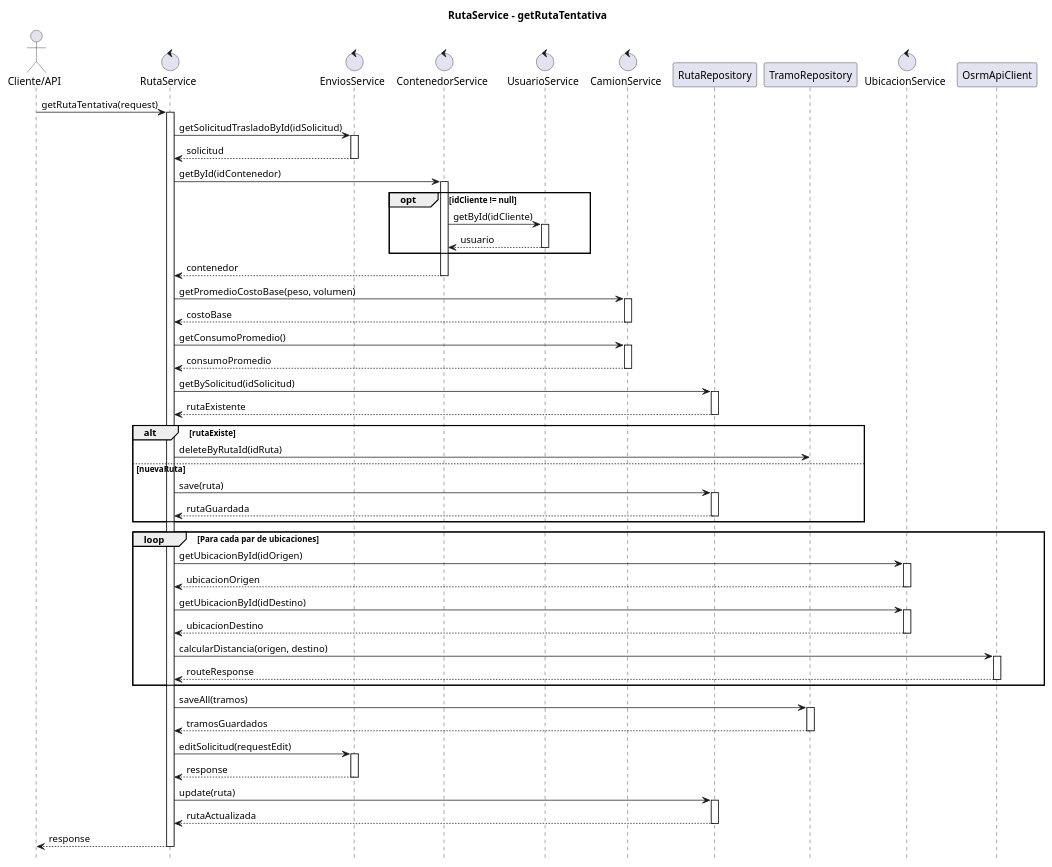
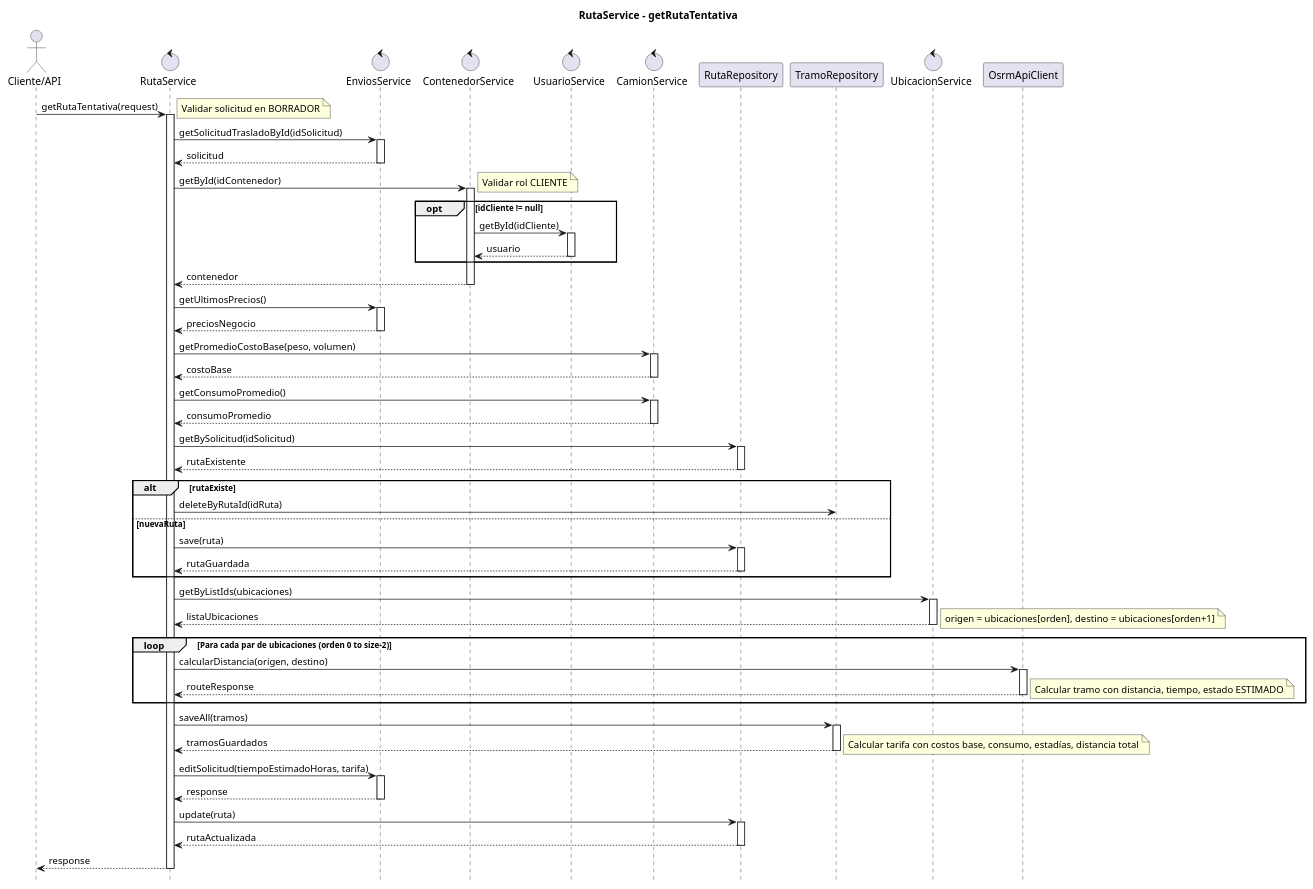
The diagram in diagramas/getRutaTentativa.puml (JulianTs0/contenedores-api), drawn with PlantUML before and after one commit. The commit also changed 16 other files, not shown here.

Commit message:
Se actualizaron los diagramas

```diff
--- a/diagramas/getRutaTentativa.puml
+++ b/diagramas/getRutaTentativa.puml
@@ -1,95 +1,105 @@
 @startuml
 title RutaService - getRutaTentativa 
 
 hide footbox
 
 actor "Cliente/API" as C
 control "RutaService" as RS
 control "EnviosService" as ES
 control "ContenedorService" as CS
 control "UsuarioService" as US
 control "CamionService" as CMS
 participant "RutaRepository" as RR
 participant "TramoRepository" as TR
 control "UbicacionService" as UBS
 participant "OsrmApiClient" as OSRM
 
 C -> RS: getRutaTentativa(request)
 
 activate RS
 
+note right: Validar solicitud en BORRADOR
+
 RS -> ES: getSolicitudTrasladoById(idSolicitud)
 activate ES
 ES --> RS: solicitud
 deactivate ES
 
 RS -> CS: getById(idContenedor)
 activate CS
     opt idCliente != null
+        note right: Validar rol CLIENTE
         CS -> US: getById(idCliente)
         activate US
         US --> CS: usuario
         deactivate US
     end
 CS --> RS: contenedor
 deactivate CS
+
+RS -> ES: getUltimosPrecios()
+activate ES
+ES --> RS: preciosNegocio
+deactivate ES
 
 RS -> CMS: getPromedioCostoBase(peso, volumen)
 activate CMS
 CMS --> RS: costoBase
 deactivate CMS
 
 RS -> CMS: getConsumoPromedio()
 activate CMS
 CMS --> RS: consumoPromedio
 deactivate CMS
 
 RS -> RR: getBySolicitud(idSolicitud)
 activate RR
 RR --> RS: rutaExistente
 deactivate RR
 
 alt rutaExiste
     RS -> TR: deleteByRutaId(idRuta)
 else nuevaRuta
+    note right: Crear ruta con cargosGestionFijo
     RS -> RR: save(ruta)
     activate RR
     RR --> RS: rutaGuardada
     deactivate RR
 end
 
-loop Para cada par de ubicaciones
-    RS -> UBS: getUbicacionById(idOrigen)
-    activate UBS
-    UBS --> RS: ubicacionOrigen
-    deactivate UBS
+RS -> UBS: getByListIds(ubicaciones)
+activate UBS
+UBS --> RS: listaUbicaciones
+deactivate UBS
 
-    RS -> UBS: getUbicacionById(idDestino)
-    activate UBS
-    UBS --> RS: ubicacionDestino
-    deactivate UBS
+loop Para cada par de ubicaciones (orden 0 to size-2)
+    note right: origen = ubicaciones[orden], destino = ubicaciones[orden+1]
 
     RS -> OSRM: calcularDistancia(origen, destino)
     activate OSRM
     OSRM --> RS: routeResponse
     deactivate OSRM
+
+    note right: Calcular tramo con distancia, tiempo, estado ESTIMADO
 end
 
 RS -> TR: saveAll(tramos)
 activate TR
 TR --> RS: tramosGuardados
 deactivate TR
 
-RS -> ES: editSolicitud(requestEdit)
+note right: Calcular tarifa con costos base, consumo, estadías, distancia total
+
+RS -> ES: editSolicitud(tiempoEstimadoHoras, tarifa)
 activate ES
 ES --> RS: response
 deactivate ES
 
 RS -> RR: update(ruta)
 activate RR
 RR --> RS: rutaActualizada
 deactivate RR
 
 RS --> C: response
 deactivate RS
 @enduml
```
